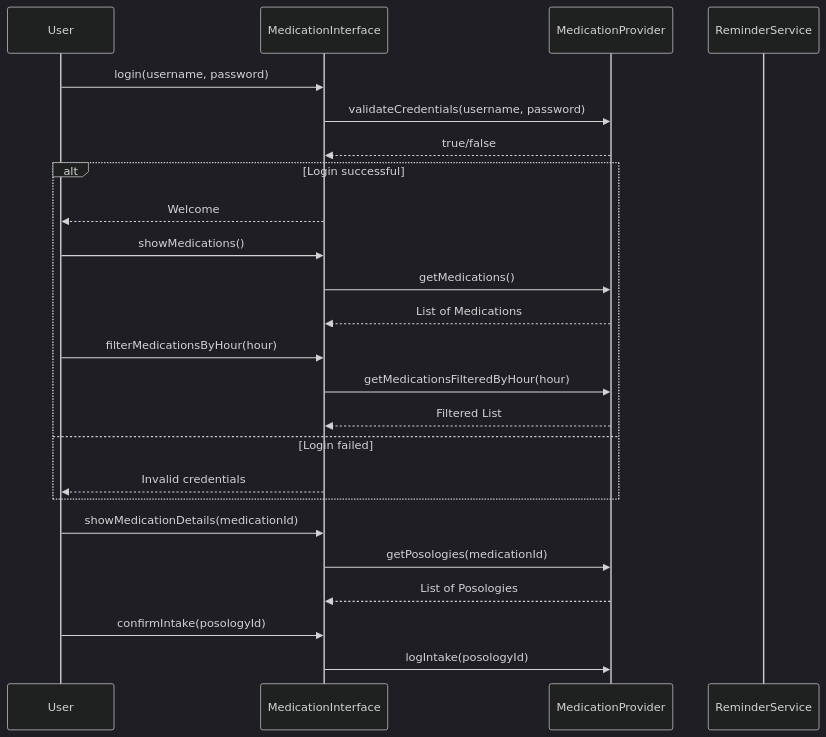
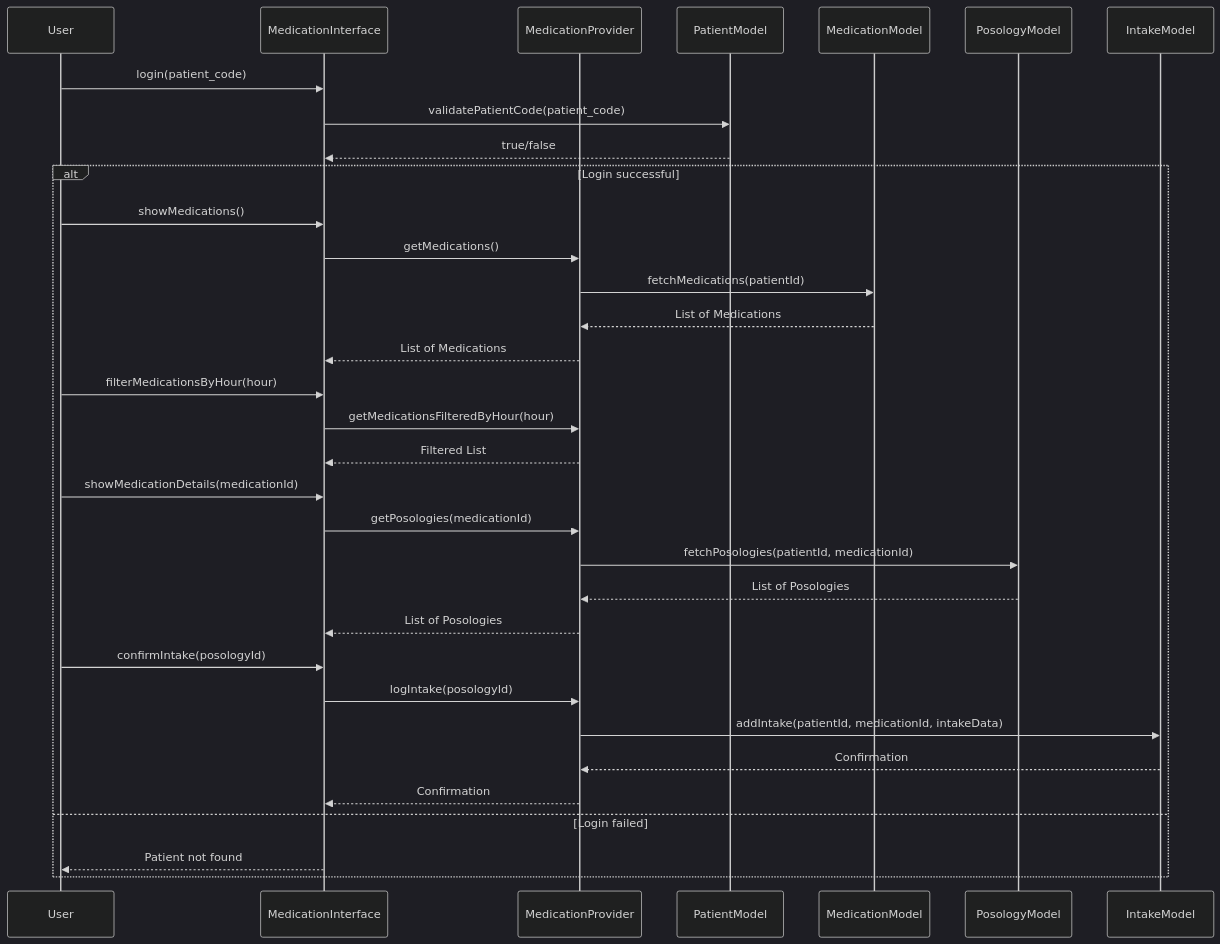
One commit to daniqss/terceiro changed the second of 2 diagrams in diseño_sw.md. Above: the diagram before and after it, drawn with Mermaid (dark theme). The commit also changed other lines of this file, not shown here.

````diff
--- a/diseño_sw.md
+++ b/diseño_sw.md
@@ -89,32 +105,40 @@
 ```mermaid
 
 sequenceDiagram
     participant User
     participant MI as MedicationInterface
     participant MP as MedicationProvider
-    participant RS as ReminderService
+    participant PM as PatientModel
+    participant MM as MedicationModel
+    participant PSM as PosologyModel
+    participant IM as IntakeModel
 
-    User->>MI: login(username, password)
-    MI->>MP: validateCredentials(username, password)
-    MP-->>MI: true/false
+    User->>MI: login(patient_code)
+    MI->>PM: validatePatientCode(patient_code)
+    PM-->>MI: true/false
     alt Login successful
-        MI-->>User: Welcome
         User->>MI: showMedications()
         MI->>MP: getMedications()
+        MP->>MM: fetchMedications(patientId)
+        MM-->>MP: List of Medications
         MP-->>MI: List of Medications
 
         User->>MI: filterMedicationsByHour(hour)
         MI->>MP: getMedicationsFilteredByHour(hour)
         MP-->>MI: Filtered List
-    else Login failed
-        MI-->>User: Invalid credentials
-    end
-
     User->>MI: showMedicationDetails(medicationId)
     MI->>MP: getPosologies(medicationId)
+    MP->>PSM: fetchPosologies(patientId, medicationId)
+    PSM-->>MP: List of Posologies
     MP-->>MI: List of Posologies
 
     User->>MI: confirmIntake(posologyId)
     MI->>MP: logIntake(posologyId)
+    MP->>IM: addIntake(patientId, medicationId, intakeData)
+    IM-->>MP: Confirmation
+    MP-->>MI: Confirmation
+    else Login failed
+        MI-->>User: Patient not found
+    end
 
 ```
````
